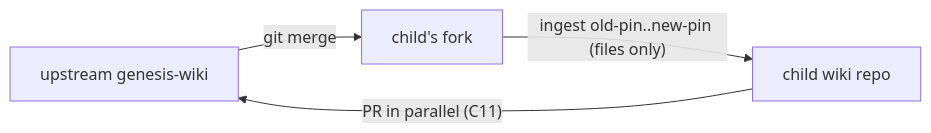
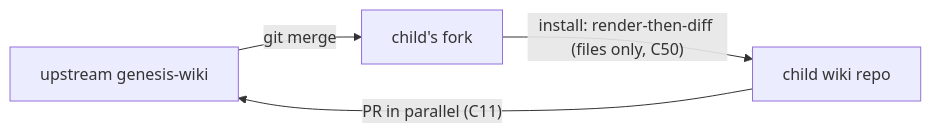
The diagram in domains/contract/genesis-contract/contract-v1.md (caoer/genesis-wiki), drawn with Mermaid before and after one commit. The commit also changed other lines of this file and 1 other file, not shown here.

````diff
--- a/domains/contract/genesis-contract/contract-v1.md
+++ b/domains/contract/genesis-contract/contract-v1.md
@@ -41,6 +43,6 @@
 ```mermaid
 flowchart LR
   U[upstream genesis-wiki] -- git merge --> F[child's fork]
-  F -- "ingest old-pin..new-pin (files only)" --> W[child wiki repo]
+  F -- "install: render-then-diff (files only, C50)" --> W[child wiki repo]
   W -- "PR in parallel (C11)" --> U
 ```
````
